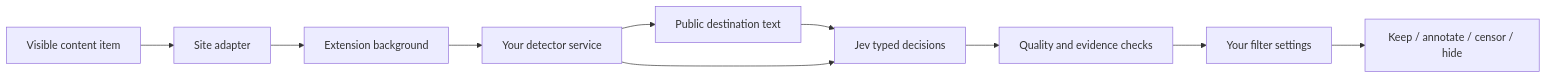
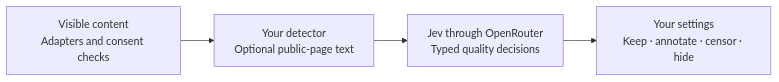
The diagram in README.md (juztripper/no-slop), drawn with Mermaid before and after one commit.

Commit message:
Keep the README processing diagram readable on GitHub

````diff
--- a/README.md
+++ b/README.md
@@ -88,12 +88,6 @@
 ```mermaid
 flowchart LR
-  A[Visible content item] --> B[Site adapter]
-  B --> C[Extension background]
-  C --> D[Your detector service]
-  D --> E[Public destination text]
-  E --> G[Jev typed decisions]
-  D --> G
-  G --> H[Quality and evidence checks]
-  H --> I[Your filter settings]
-  I --> J[Keep / annotate / censor / hide]
+  A["Visible content<br/>Adapters and consent checks"] --> B["Your detector<br/>Optional public-page text"]
+  B --> C["Jev through OpenRouter<br/>Typed quality decisions"]
+  C --> D["Your settings<br/>Keep · annotate · censor · hide"]
 ```
````
